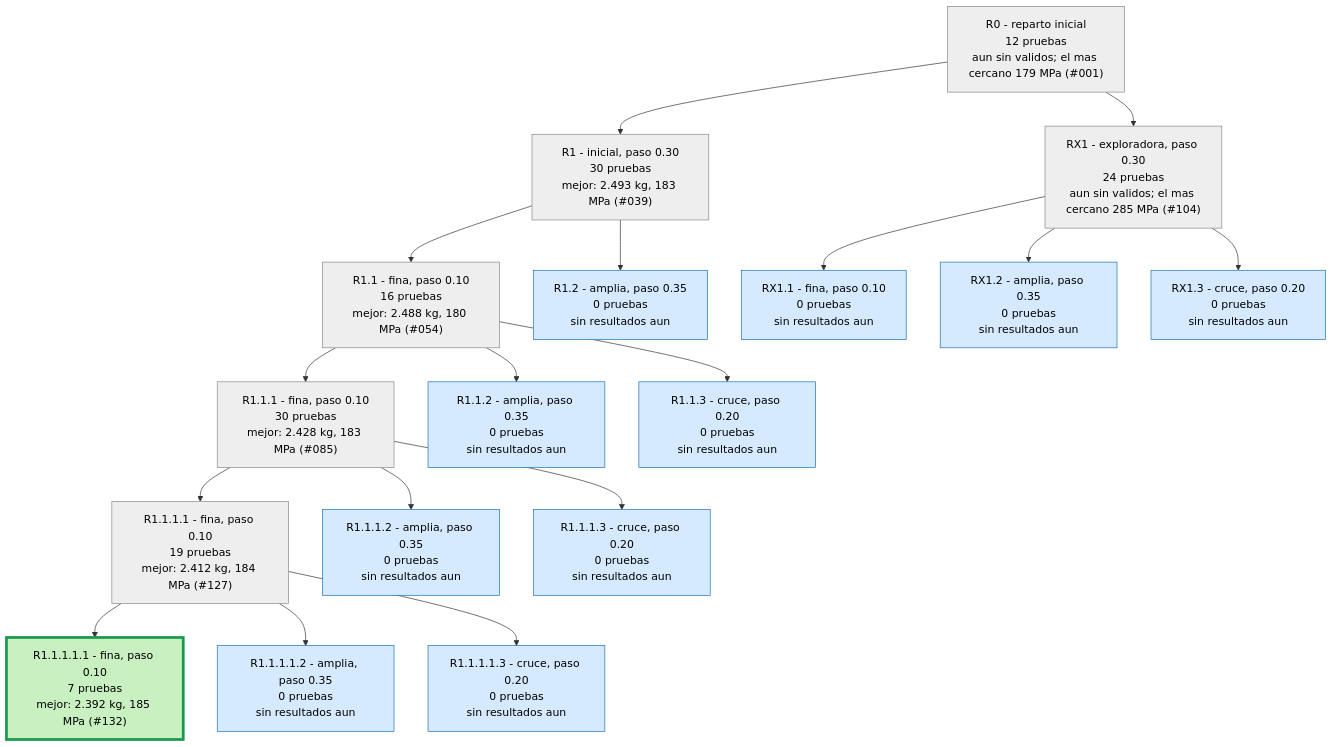
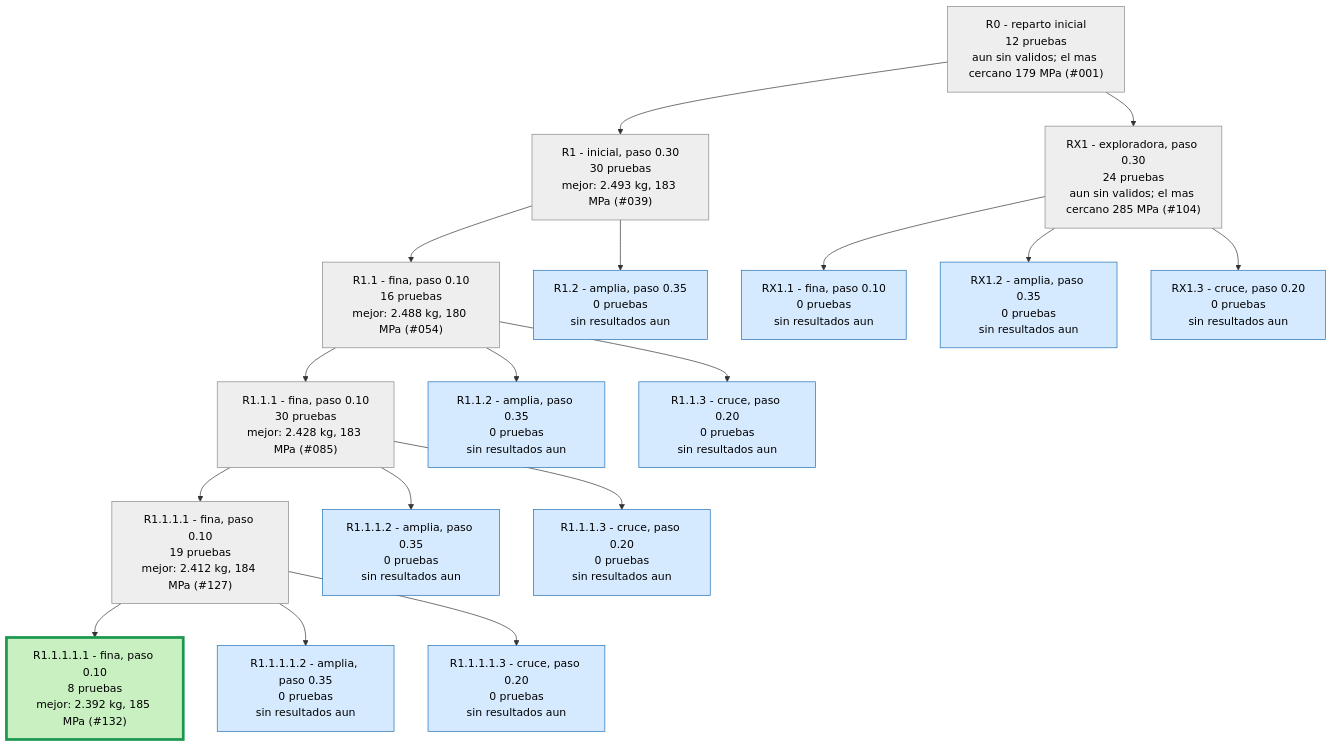
Before and after one commit to Hugiko/msd-soporte-optimizacion: the second of 3 diagrams in runs/opt_37800N/ARBOL.md, drawn with Mermaid. The commit also changed 49 other files, not shown here.

````diff
--- a/runs/opt_37800N/ARBOL.md
+++ b/runs/opt_37800N/ARBOL.md
@@ -29,39 +29,39 @@
 ```mermaid
 graph TD
 classDef activa fill:#d6eaff,stroke:#1f6fb5,color:#000
 classDef fin fill:#eeeeee,stroke:#888,color:#000
 classDef mejor fill:#c8f0c0,stroke:#1a9850,stroke-width:4px,color:#000
 R0["R0 - reparto inicial<br/>12 pruebas<br/>aun sin validos; el mas cercano 179 MPa (#001)"]:::fin
 R1["R1 - inicial, paso 0.30<br/>30 pruebas<br/>mejor: 2.493 kg, 183 MPa (#039)"]:::fin
 R0 --> R1
 R1_1["R1.1 - fina, paso 0.10<br/>16 pruebas<br/>mejor: 2.488 kg, 180 MPa (#054)"]:::fin
 R1 --> R1_1
 R1_2["R1.2 - amplia, paso 0.35<br/>0 pruebas<br/>sin resultados aun"]:::activa
 R1 --> R1_2
 R1_1_1["R1.1.1 - fina, paso 0.10<br/>30 pruebas<br/>mejor: 2.428 kg, 183 MPa (#085)"]:::fin
 R1_1 --> R1_1_1
 R1_1_2["R1.1.2 - amplia, paso 0.35<br/>0 pruebas<br/>sin resultados aun"]:::activa
 R1_1 --> R1_1_2
 R1_1_3["R1.1.3 - cruce, paso 0.20<br/>0 pruebas<br/>sin resultados aun"]:::activa
 R1_1 --> R1_1_3
 R1_1_1_1["R1.1.1.1 - fina, paso 0.10<br/>19 pruebas<br/>mejor: 2.412 kg, 184 MPa (#127)"]:::fin
 R1_1_1 --> R1_1_1_1
 R1_1_1_2["R1.1.1.2 - amplia, paso 0.35<br/>0 pruebas<br/>sin resultados aun"]:::activa
 R1_1_1 --> R1_1_1_2
 R1_1_1_3["R1.1.1.3 - cruce, paso 0.20<br/>0 pruebas<br/>sin resultados aun"]:::activa
 R1_1_1 --> R1_1_1_3
 RX1["RX1 - exploradora, paso 0.30<br/>24 pruebas<br/>aun sin validos; el mas cercano 285 MPa (#104)"]:::fin
 R0 --> RX1
 RX1_1["RX1.1 - fina, paso 0.10<br/>0 pruebas<br/>sin resultados aun"]:::activa
 RX1 --> RX1_1
 RX1_2["RX1.2 - amplia, paso 0.35<br/>0 pruebas<br/>sin resultados aun"]:::activa
 RX1 --> RX1_2
 RX1_3["RX1.3 - cruce, paso 0.20<br/>0 pruebas<br/>sin resultados aun"]:::activa
 RX1 --> RX1_3
-R1_1_1_1_1["R1.1.1.1.1 - fina, paso 0.10<br/>7 pruebas<br/>mejor: 2.392 kg, 185 MPa (#132)"]:::mejor
+R1_1_1_1_1["R1.1.1.1.1 - fina, paso 0.10<br/>8 pruebas<br/>mejor: 2.392 kg, 185 MPa (#132)"]:::mejor
 R1_1_1_1 --> R1_1_1_1_1
 R1_1_1_1_2["R1.1.1.1.2 - amplia, paso 0.35<br/>0 pruebas<br/>sin resultados aun"]:::activa
 R1_1_1_1 --> R1_1_1_1_2
 R1_1_1_1_3["R1.1.1.1.3 - cruce, paso 0.20<br/>0 pruebas<br/>sin resultados aun"]:::activa
 R1_1_1_1 --> R1_1_1_1_3
 ```
````
